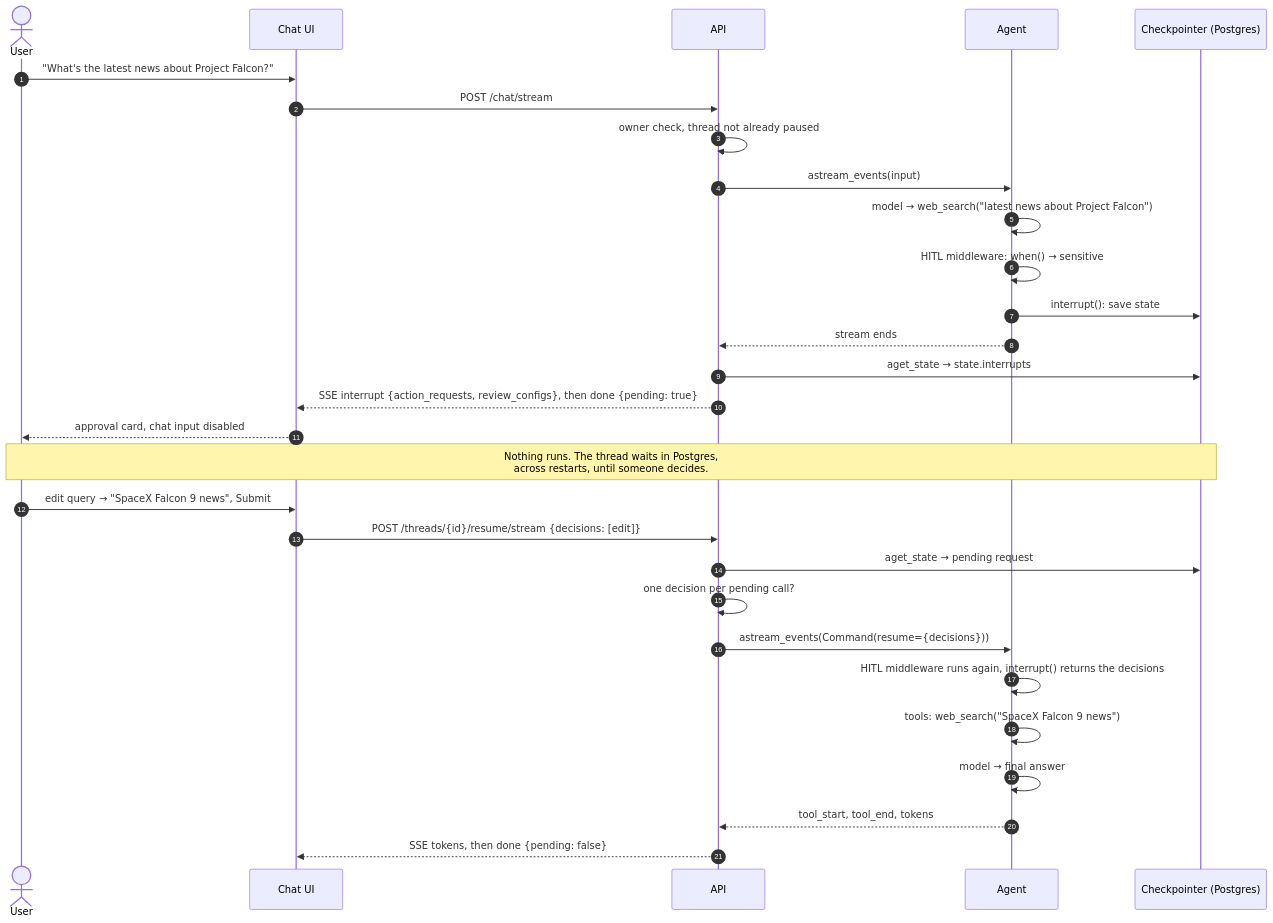
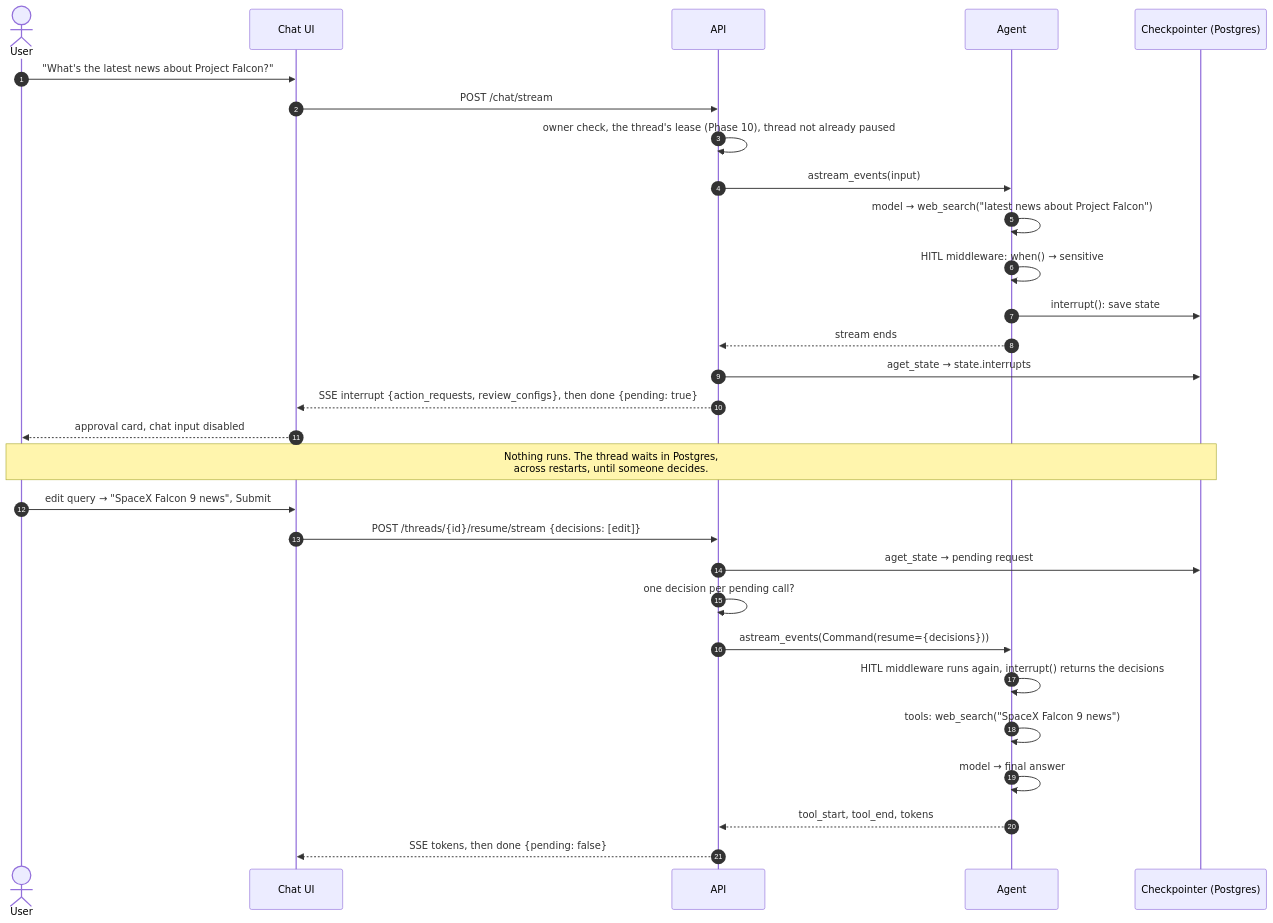
The first of 4 diagrams in docs/phase-4-human-in-the-loop.md (Anirudh1905/agentic-ai-chatbot), drawn with Mermaid before and after one commit. The commit also changed other lines of this file and 72 other files, not shown here.

````diff
--- a/docs/phase-4-human-in-the-loop.md
+++ b/docs/phase-4-human-in-the-loop.md
@@ -18,34 +18,34 @@
 ```mermaid
 sequenceDiagram
     autonumber
     actor U as User
     participant UI as Chat UI
     participant API as API
     participant G as Agent
     participant CP as Checkpointer (Postgres)
 
     U->>UI: "What's the latest news about Project Falcon?"
     UI->>API: POST /chat/stream
-    API->>API: owner check, thread not already paused
+    API->>API: owner check, the thread's lease (Phase 10), thread not already paused
     API->>G: astream_events(input)
     G->>G: model → web_search("latest news about Project Falcon")
     G->>G: HITL middleware: when() → sensitive
     G->>CP: interrupt(): save state
     G-->>API: stream ends
     API->>CP: aget_state → state.interrupts
     API-->>UI: SSE interrupt {action_requests, review_configs}, then done {pending: true}
     UI-->>U: approval card, chat input disabled
 
     Note over U,CP: Nothing runs. The thread waits in Postgres,<br/>across restarts, until someone decides.
 
     U->>UI: edit query → "SpaceX Falcon 9 news", Submit
     UI->>API: POST /threads/{id}/resume/stream {decisions: [edit]}
     API->>CP: aget_state → pending request
     API->>API: one decision per pending call?
     API->>G: astream_events(Command(resume={decisions}))
     G->>G: HITL middleware runs again, interrupt() returns the decisions
     G->>G: tools: web_search("SpaceX Falcon 9 news")
     G->>G: model → final answer
     G-->>API: tool_start, tool_end, tokens
     API-->>UI: SSE tokens, then done {pending: false}
 ```
````
